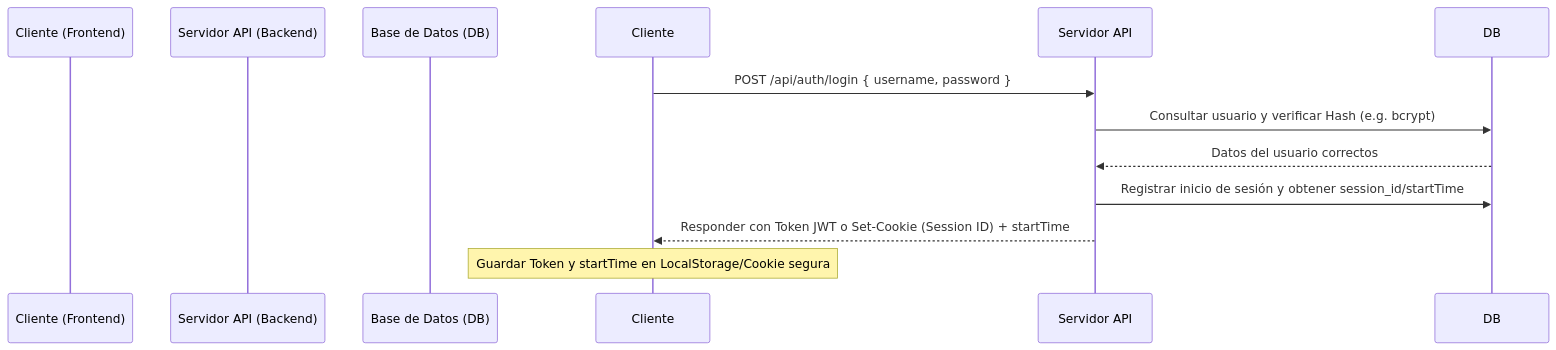
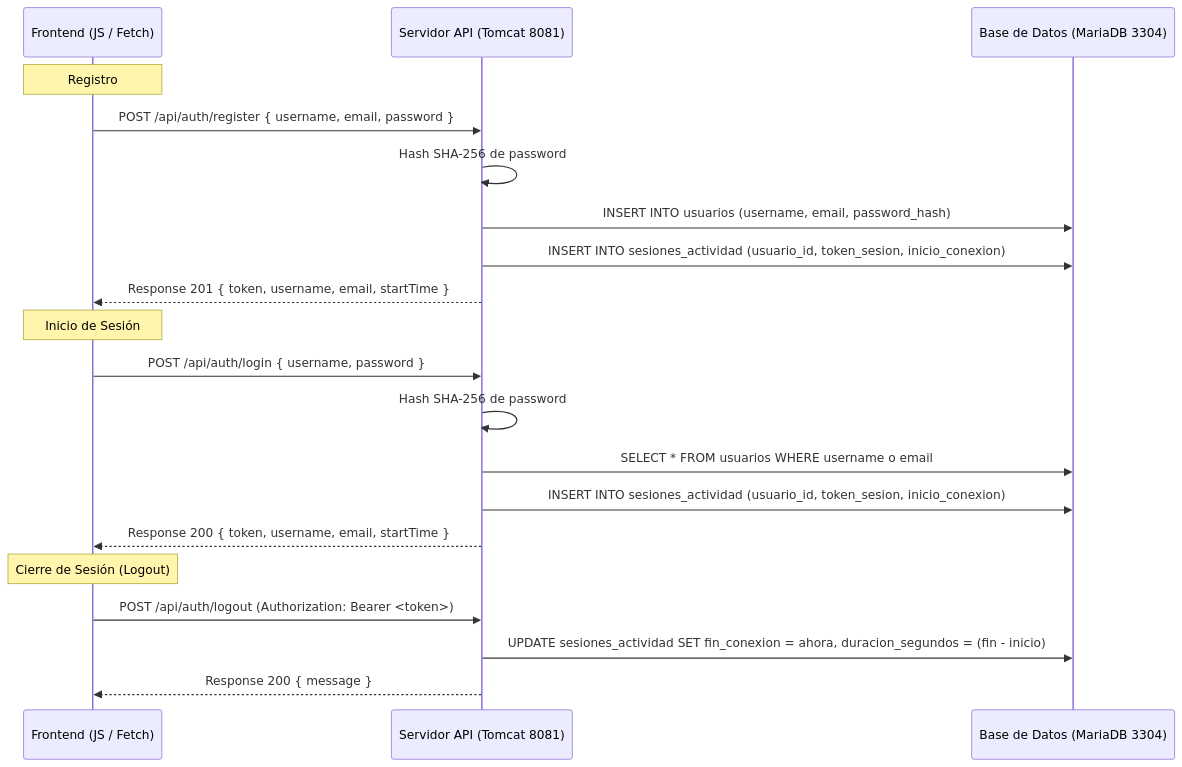
The diagram in docs/session_management.md (Cristopher-Ing-28/anthicitera), drawn with Mermaid before and after one commit. The commit also changed other lines of this file and 10 other files, not shown here.

````diff
--- a/docs/session_management.md
+++ b/docs/session_management.md
@@ -91,13 +11,25 @@
 ```mermaid
 sequenceDiagram
-    participant Cliente (Frontend)
-    participant Servidor API (Backend)
-    participant Base de Datos (DB)
+    participant Cliente as Frontend (JS / Fetch)
+    participant Tomcat as Servidor API (Tomcat 8081)
+    participant MariaDB as Base de Datos (MariaDB 3304)
 
-    Cliente->>Servidor API: POST /api/auth/login { username, password }
-    Servidor API->>DB: Consultar usuario y verificar Hash (e.g. bcrypt)
-    DB-->>Servidor API: Datos del usuario correctos
-    Servidor API->>DB: Registrar inicio de sesión y obtener session_id/startTime
-    Servidor API-->>Cliente: Responder con Token JWT o Set-Cookie (Session ID) + startTime
-    Note over Cliente: Guardar Token y startTime en LocalStorage/Cookie segura
+    Note over Cliente: Registro
+    Cliente->>Tomcat: POST /api/auth/register { username, email, password }
+    Tomcat->>Tomcat: Hash SHA-256 de password
+    Tomcat->>MariaDB: INSERT INTO usuarios (username, email, password_hash)
+    Tomcat->>MariaDB: INSERT INTO sesiones_actividad (usuario_id, token_sesion, inicio_conexion)
+    Tomcat-->>Cliente: Response 201 { token, username, email, startTime }
+
+    Note over Cliente: Inicio de Sesión
+    Cliente->>Tomcat: POST /api/auth/login { username, password }
+    Tomcat->>Tomcat: Hash SHA-256 de password
+    Tomcat->>MariaDB: SELECT * FROM usuarios WHERE username o email
+    Tomcat->>MariaDB: INSERT INTO sesiones_actividad (usuario_id, token_sesion, inicio_conexion)
+    Tomcat-->>Cliente: Response 200 { token, username, email, startTime }
+
+    Note over Cliente: Cierre de Sesión (Logout)
+    Cliente->>Tomcat: POST /api/auth/logout (Authorization: Bearer <token>)
+    Tomcat->>MariaDB: UPDATE sesiones_actividad SET fin_conexion = ahora, duracion_segundos = (fin - inicio)
+    Tomcat-->>Cliente: Response 200 { message }
 ```
````
